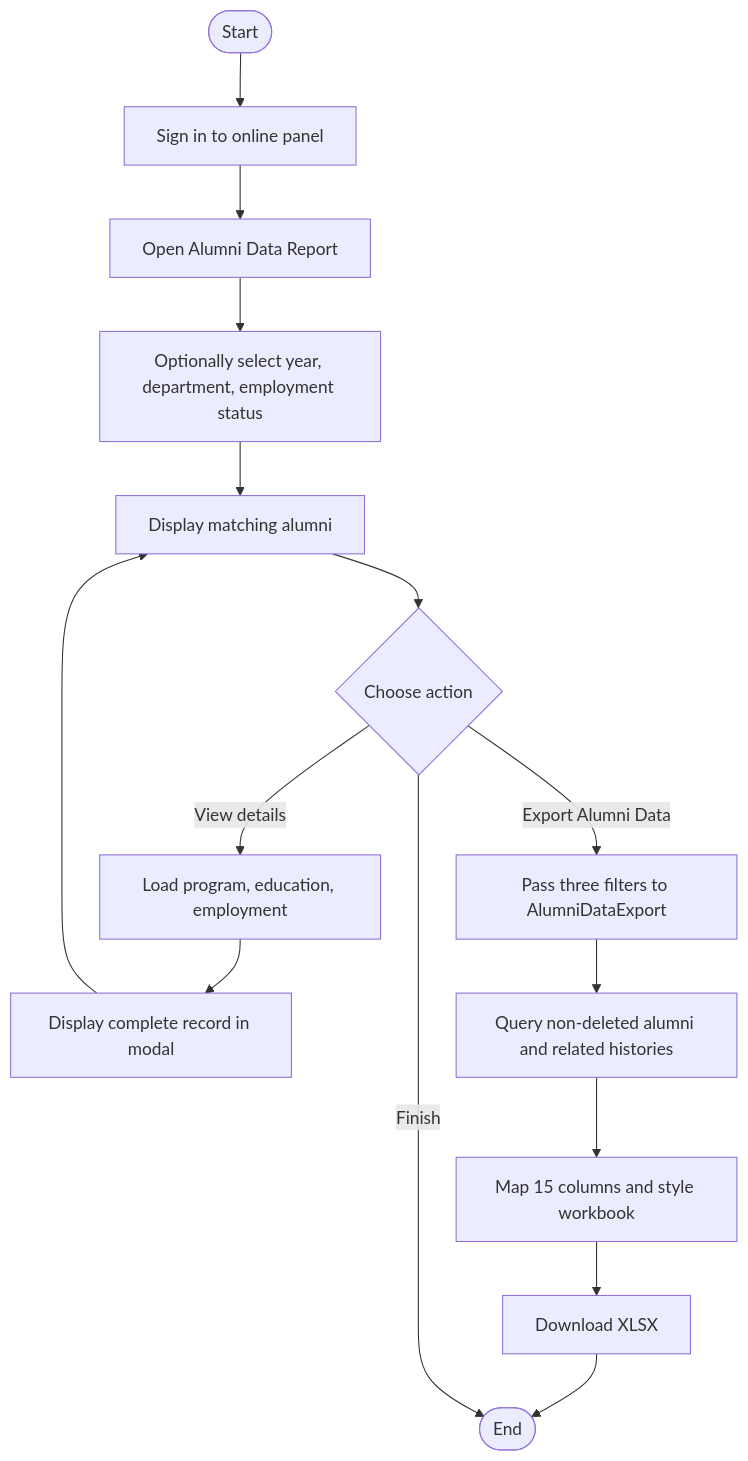
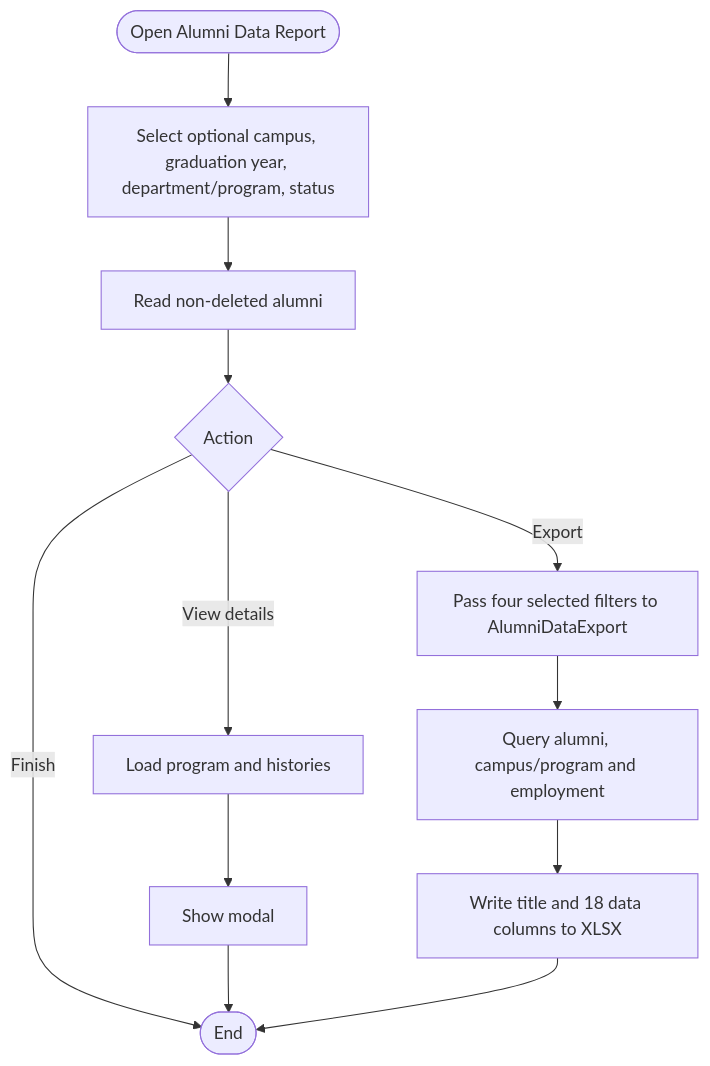
One commit to zrlldy/alumni-tracer changed the fourth of 4 diagrams in object-modeling.md. Above: the diagram before and after it, drawn with Mermaid. The commit also changed other lines of this file and 4 other files, not shown here.

````diff
--- a/object-modeling.md
+++ b/object-modeling.md
@@ -79,17 +171,14 @@
-```mermaid
+~~~mermaid
 flowchart TD
-    S([Start]) --> A[Sign in to online panel]
-    A --> R[Open Alumni Data Report]
-    R --> F[Optionally select year, department, employment status]
-    F --> T[Display matching alumni]
-    T --> O{Choose action}
-    O -->|View details| D[Load program, education, employment]
-    D --> M[Display complete record in modal]
-    M --> T
-    O -->|Export Alumni Data| X[Pass three filters to AlumniDataExport]
-    X --> Q[Query non-deleted alumni and related histories]
-    Q --> W[Map 15 columns and style workbook]
-    W --> L[Download XLSX]
-    L --> Z([End])
-    O -->|Finish| Z
-```
+    S([Open Alumni Data Report]) --> F[Select optional campus, graduation year, department/program, status]
+    F --> Q[Read non-deleted alumni]
+    Q --> A{Action}
+    A -->|View details| H[Load program and histories]
+    H --> V[Show modal]
+    A -->|Export| X[Pass four selected filters to AlumniDataExport]
+    X --> M[Query alumni, campus/program and employment]
+    M --> W[Write title and 18 data columns to XLSX]
+    A -->|Finish| Z([End])
+    V --> Z
+    W --> Z
+~~~
````
